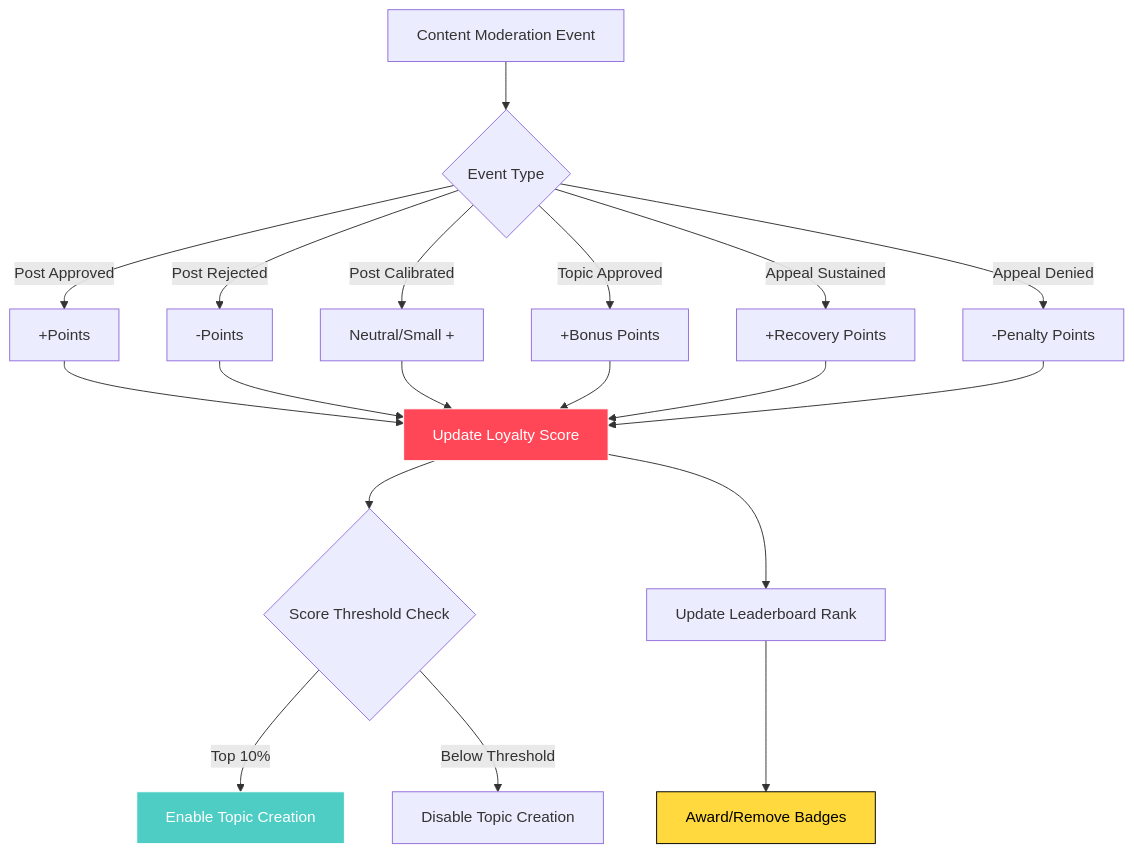
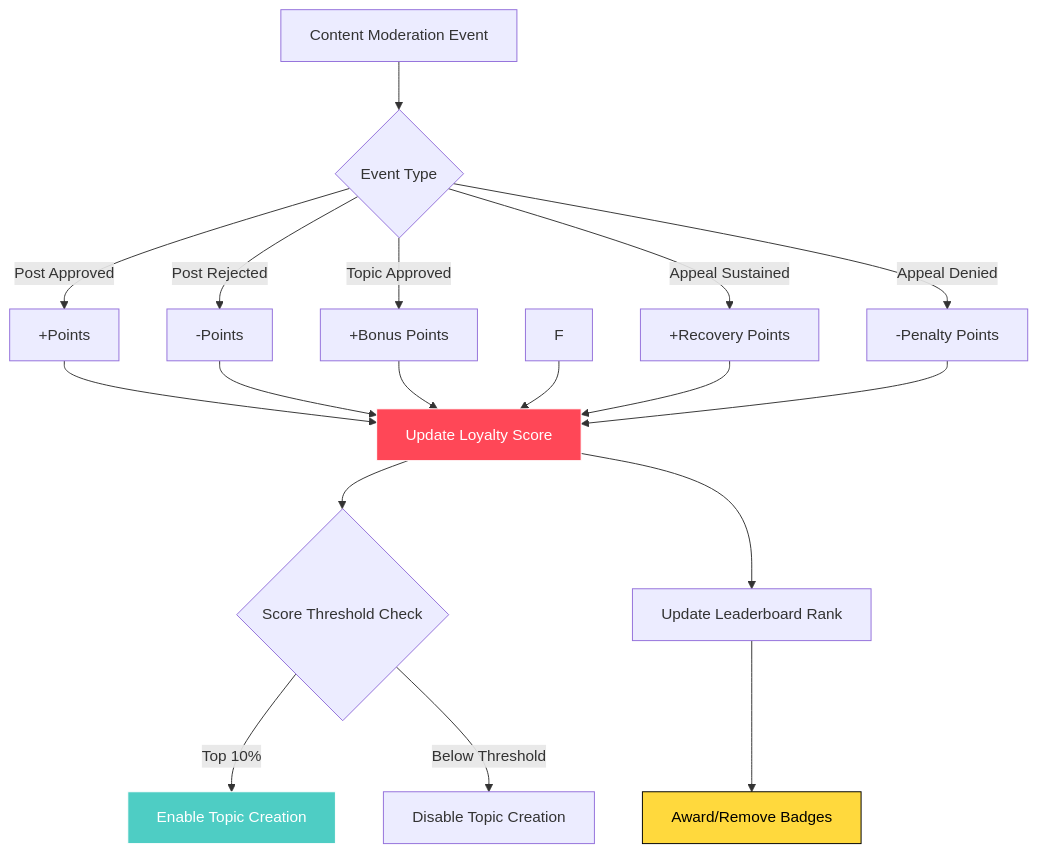
Before and after one commit to joshSzep/therobotoverlord-mono: the first of 2 diagrams in docs/business-requirements/10-gamification-reputation.md, drawn with Mermaid. The commit also changed 12 other files, not shown here.

````diff
--- a/docs/business-requirements/10-gamification-reputation.md
+++ b/docs/business-requirements/10-gamification-reputation.md
@@ -5,28 +5,27 @@
 ```mermaid
 flowchart TD
     A[Content Moderation Event] --> B{Event Type}
     B -->|Post Approved| C[+Points]
     B -->|Post Rejected| D[-Points]
-    B -->|Post Calibrated| E[Neutral/Small +]
-    B -->|Topic Approved| F[+Bonus Points]
+    B -->|Topic Approved| E[+Bonus Points]
     B -->|Appeal Sustained| G[+Recovery Points]
     B -->|Appeal Denied| H[-Penalty Points]
     
     C --> I[Update Loyalty Score]
     D --> I
     E --> I
     F --> I
     G --> I
     H --> I
     
     I --> J{Score Threshold Check}
     J -->|Top 10%| K[Enable Topic Creation]
     J -->|Below Threshold| L[Disable Topic Creation]
     
     I --> M[Update Leaderboard Rank]
     M --> N[Award/Remove Badges]
     
     style I fill:#ff4757,stroke:#fff,color:#fff
     style K fill:#4ecdc4,stroke:#fff,color:#fff
     style N fill:#ffd93d,stroke:#000,color:#000
 ```
````
